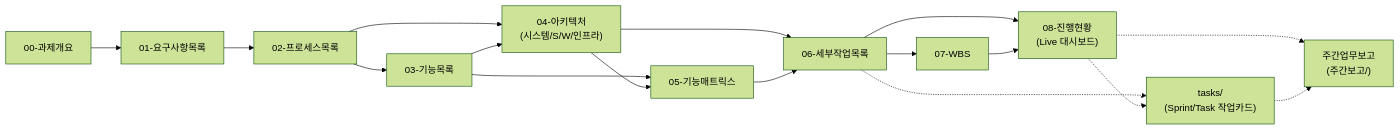
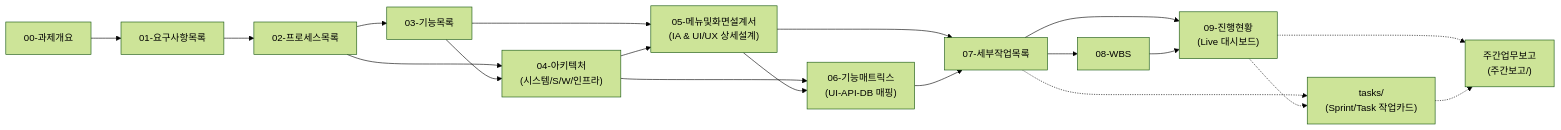
The diagram in doc/00-과제개요.md (h2y0229/h2y-music-app), drawn with Mermaid (forest theme) before and after one commit. The commit also changed other lines of this file and 37 other files, not shown here.

````diff
--- a/doc/00-과제개요.md
+++ b/doc/00-과제개요.md
@@ -81,13 +82,14 @@
 ```mermaid
 flowchart LR
     D00["00-과제개요"] --> D01["01-요구사항목록"]
     D01 --> D02["02-프로세스목록"]
     D02 --> D03["03-기능목록"]
     D02 & D03 --> D04["04-아키텍처\n(시스템/S/W/인프라)"]
-    D03 & D04 --> D05["05-기능매트릭스"]
-    D04 & D05 --> D06["06-세부작업목록"]
-    D06 --> D07["07-WBS"]
-    D06 & D07 --> D08["08-진행현황\n(Live 대시보드)"]
-    D06 & D08 -.-> DTasks["tasks/\n(Sprint/Task 작업카드)"]
-    D08 & DTasks -.-> WR["주간업무보고\n(주간보고/)"]
+    D03 & D04 --> D05["05-메뉴및화면설계서\n(IA & UI/UX 상세설계)"]
+    D04 & D05 --> D06["06-기능매트릭스\n(UI-API-DB 매핑)"]
+    D05 & D06 --> D07["07-세부작업목록"]
+    D07 --> D08["08-WBS"]
+    D07 & D08 --> D09["09-진행현황\n(Live 대시보드)"]
+    D07 & D09 -.-> DTasks["tasks/\n(Sprint/Task 작업카드)"]
+    D09 & DTasks -.-> WR["주간업무보고\n(주간보고/)"]
 ```
````
